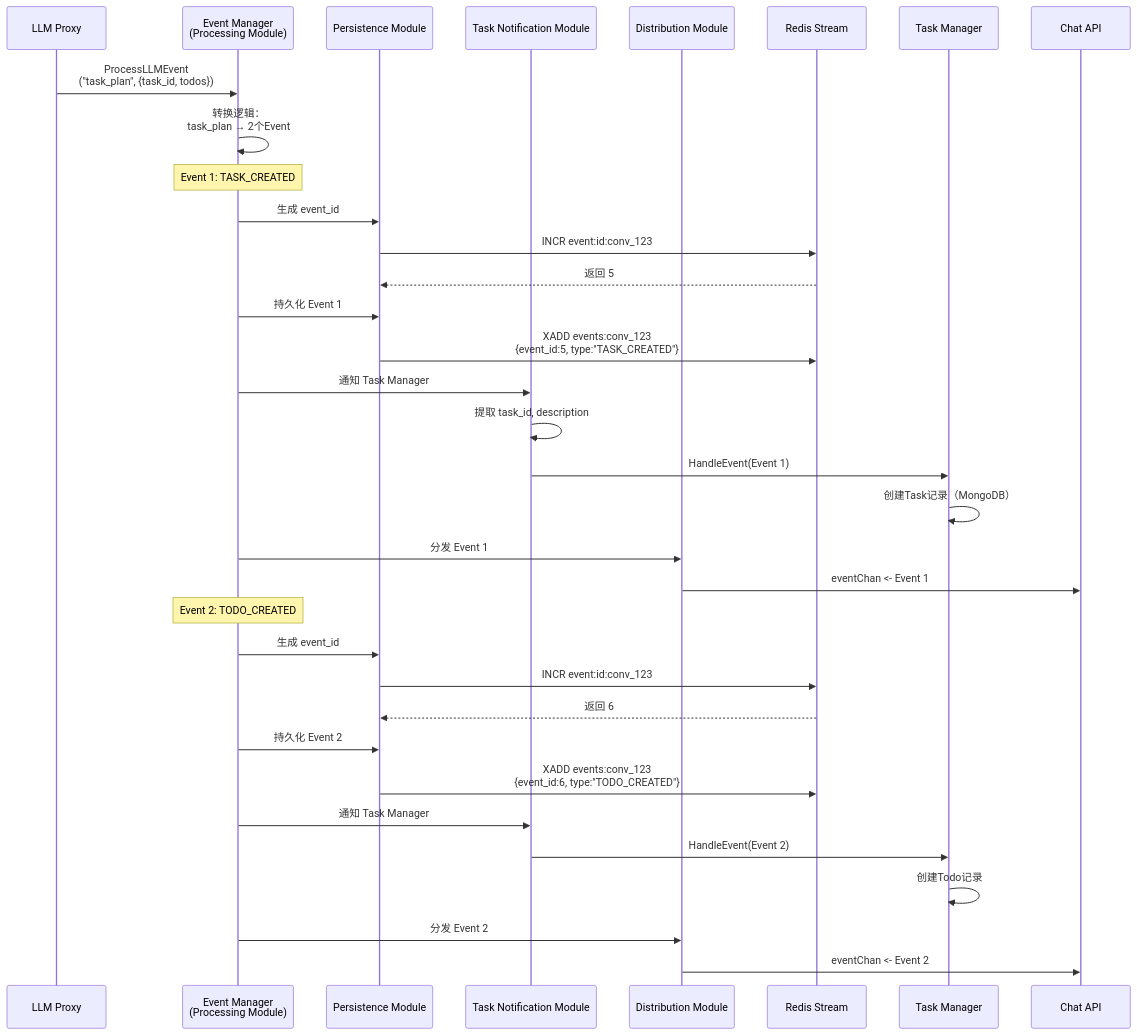
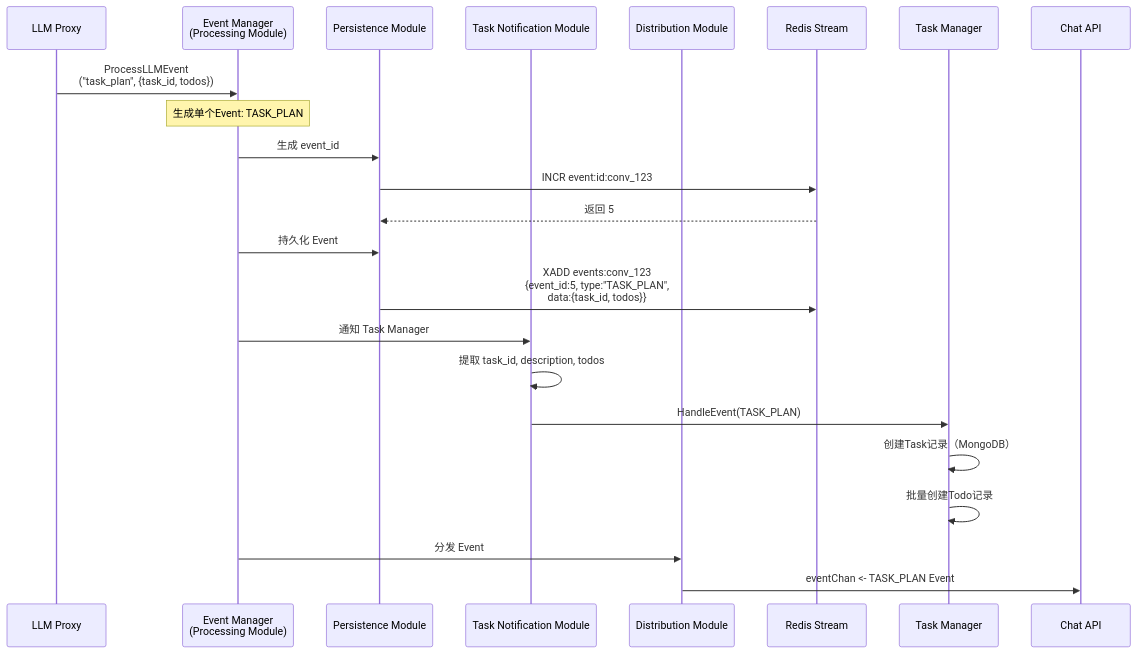
Before and after one commit to yingjianzh/iodraw-files: the diagram in all/未命名-10.md, drawn with Mermaid.

Commit message:
2025-12-23 15:40:36 update

````diff
--- a/all/未命名-10.md
+++ b/all/未命名-10.md
@@ -1,46 +1,31 @@
 ```mermaid
 sequenceDiagram
     participant LLMProxy as LLM Proxy
     participant EventProc as Event Manager<br/>(Processing Module)
     participant Persist as Persistence Module
     participant TaskNotif as Task Notification Module
     participant Distrib as Distribution Module
     participant Redis as Redis Stream
     participant TaskMgr as Task Manager
     participant ChatAPI as Chat API
 
     LLMProxy->>EventProc: ProcessLLMEvent<br/>("task_plan", {task_id, todos})
 
-    EventProc->>EventProc: 转换逻辑：<br/>task_plan → 2个Event
+    Note over EventProc: 生成单个Event: TASK_PLAN
     
-    Note over EventProc: Event 1: TASK_CREATED
     EventProc->>Persist: 生成 event_id
     Persist->>Redis: INCR event:id:conv_123
     Redis-->>Persist: 返回 5
     
-    EventProc->>Persist: 持久化 Event 1
-    Persist->>Redis: XADD events:conv_123<br/>{event_id:5, type:"TASK_CREATED"}
+    EventProc->>Persist: 持久化 Event
+    Persist->>Redis: XADD events:conv_123<br/>{event_id:5, type:"TASK_PLAN",<br/>data:{task_id, todos}}
     
     EventProc->>TaskNotif: 通知 Task Manager
-    TaskNotif->>TaskNotif: 提取 task_id, description
-    TaskNotif->>TaskMgr: HandleEvent(Event 1)
+    TaskNotif->>TaskNotif: 提取 task_id, description, todos
+    TaskNotif->>TaskMgr: HandleEvent(TASK_PLAN)
     TaskMgr->>TaskMgr: 创建Task记录（MongoDB）
+    TaskMgr->>TaskMgr: 批量创建Todo记录
     
-    EventProc->>Distrib: 分发 Event 1
-    Distrib->>ChatAPI: eventChan <- Event 1
-    
-    Note over EventProc: Event 2: TODO_CREATED
-    EventProc->>Persist: 生成 event_id
-    Persist->>Redis: INCR event:id:conv_123
-    Redis-->>Persist: 返回 6
-    
-    EventProc->>Persist: 持久化 Event 2
-    Persist->>Redis: XADD events:conv_123<br/>{event_id:6, type:"TODO_CREATED"}
-    
-    EventProc->>TaskNotif: 通知 Task Manager
-    TaskNotif->>TaskMgr: HandleEvent(Event 2)
-    TaskMgr->>TaskMgr: 创建Todo记录
-    
-    EventProc->>Distrib: 分发 Event 2
-    Distrib->>ChatAPI: eventChan <- Event 2
+    EventProc->>Distrib: 分发 Event
+    Distrib->>ChatAPI: eventChan <- TASK_PLAN Event
 ```
````
